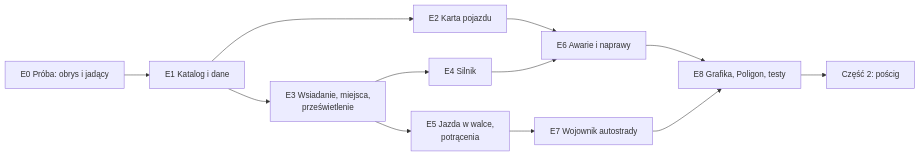
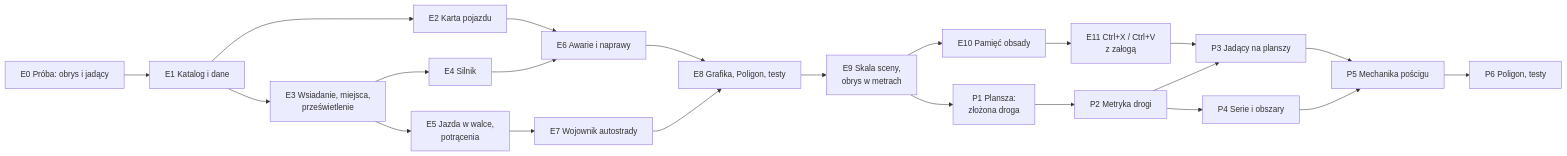
One commit to jjanisze/FVTT-NOE changed the diagram in PLAN_m4_pojazdy.md. Above: the diagram before and after it, drawn with Mermaid. The commit also changed other lines of this file and 3 other files, not shown here.

````diff
--- a/PLAN_m4_pojazdy.md
+++ b/PLAN_m4_pojazdy.md
@@ -25,14 +28,24 @@
 ```mermaid
 flowchart LR
   E0[E0 Próba: obrys i jadący] --> E1[E1 Katalog i dane]
   E1 --> E2[E2 Karta pojazdu]
   E1 --> E3[E3 Wsiadanie, miejsca,<br/>prześwietlenie]
   E3 --> E4[E4 Silnik]
   E3 --> E5[E5 Jazda w walce,<br/>potrącenia]
   E2 --> E6[E6 Awarie i naprawy]
   E4 --> E6
   E5 --> E7[E7 Wojownik autostrady]
   E6 --> E8[E8 Grafika, Poligon, testy]
   E7 --> E8
-  E8 --> C2[Część 2: pościg]
+  E8 --> E9[E9 Skala sceny,<br/>obrys w metrach]
+  E9 --> E10[E10 Pamięć obsady]
+  E10 --> E11[E11 Ctrl+X / Ctrl+V<br/>z załogą]
+  E9 --> P1[P1 Plansza:<br/>złożona droga]
+  P1 --> P2[P2 Metryka drogi]
+  P2 --> P3[P3 Jadący na planszy]
+  E11 --> P3
+  P2 --> P4[P4 Serie i obszary]
+  P3 --> P5[P5 Mechanika pościgu]
+  P4 --> P5
+  P5 --> P6[P6 Poligon, testy]
 ```
````
